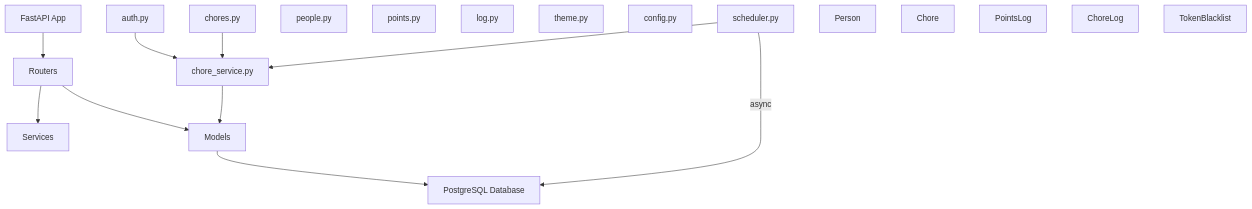
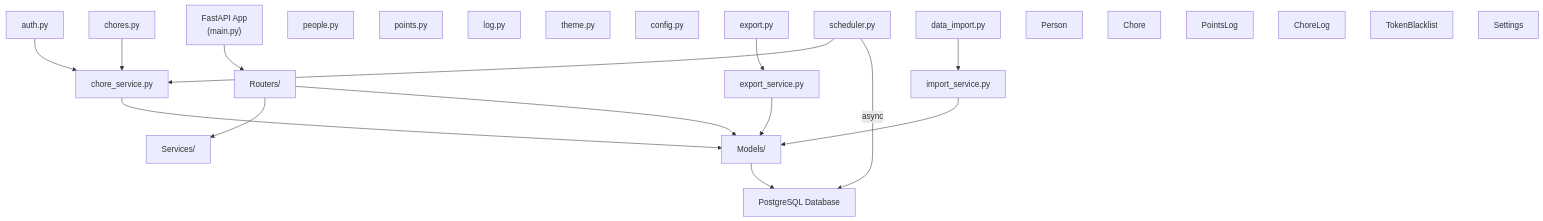
Before and after one commit to derekwinters/chores-web: the third of 13 diagrams in docs/ARCHITECTURE.md, drawn with Mermaid. The commit also changed other lines of this file, not shown here.

First line of the commit message:
fix: Correct architecture diagrams with actual file names and missing routers

````diff
--- a/docs/ARCHITECTURE.md
+++ b/docs/ARCHITECTURE.md
@@ -71,39 +71,48 @@
 ```mermaid
 graph TB
-    API["FastAPI App"]
+    API["FastAPI App<br/>(main.py)"]
     
-    Routers["Routers"]
+    Routers["Routers/"]
     AuthRouter["auth.py"]
     ChoresRouter["chores.py"]
     PeopleRouter["people.py"]
     PointsRouter["points.py"]
     LogRouter["log.py"]
     ThemeRouter["theme.py"]
     ConfigRouter["config.py"]
+    ExportRouter["export.py"]
+    ImportRouter["data_import.py"]
     
-    Services["Services"]
+    Services["Services/"]
     ChoreService["chore_service.py"]
     Scheduler["scheduler.py"]
+    ExportService["export_service.py"]
+    ImportService["import_service.py"]
     
-    Models["Models"]
+    Models["Models/"]
     Person["Person"]
     Chore["Chore"]
     PointsLog["PointsLog"]
     ChoreLog["ChoreLog"]
     TokenBlacklist["TokenBlacklist"]
+    Settings["Settings"]
     
     Database["PostgreSQL Database"]
     
     API --> Routers
     
     AuthRouter --> ChoreService
     ChoresRouter --> ChoreService
+    ExportRouter --> ExportService
+    ImportRouter --> ImportService
     Routers --> Services
     Scheduler --> ChoreService
     
     ChoreService --> Models
+    ExportService --> Models
+    ImportService --> Models
     Routers --> Models
     
     Models --> Database
     Scheduler -->|async| Database
 ```
````
